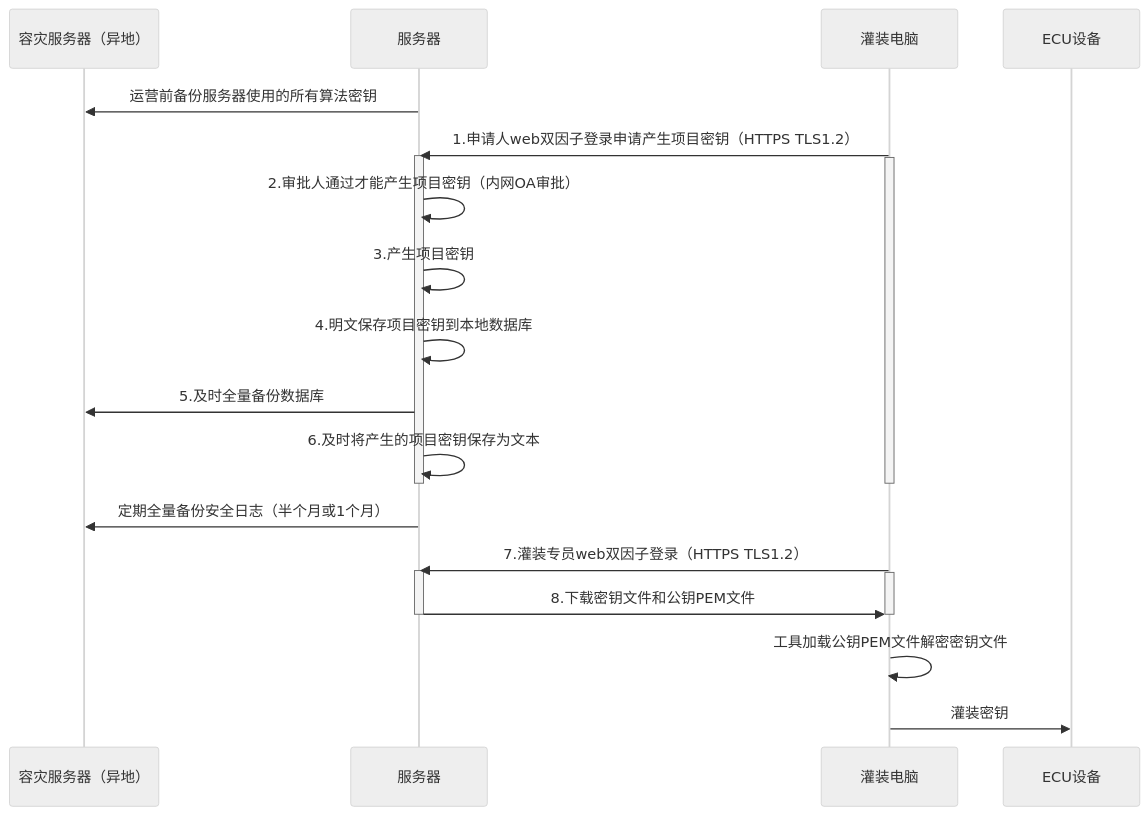
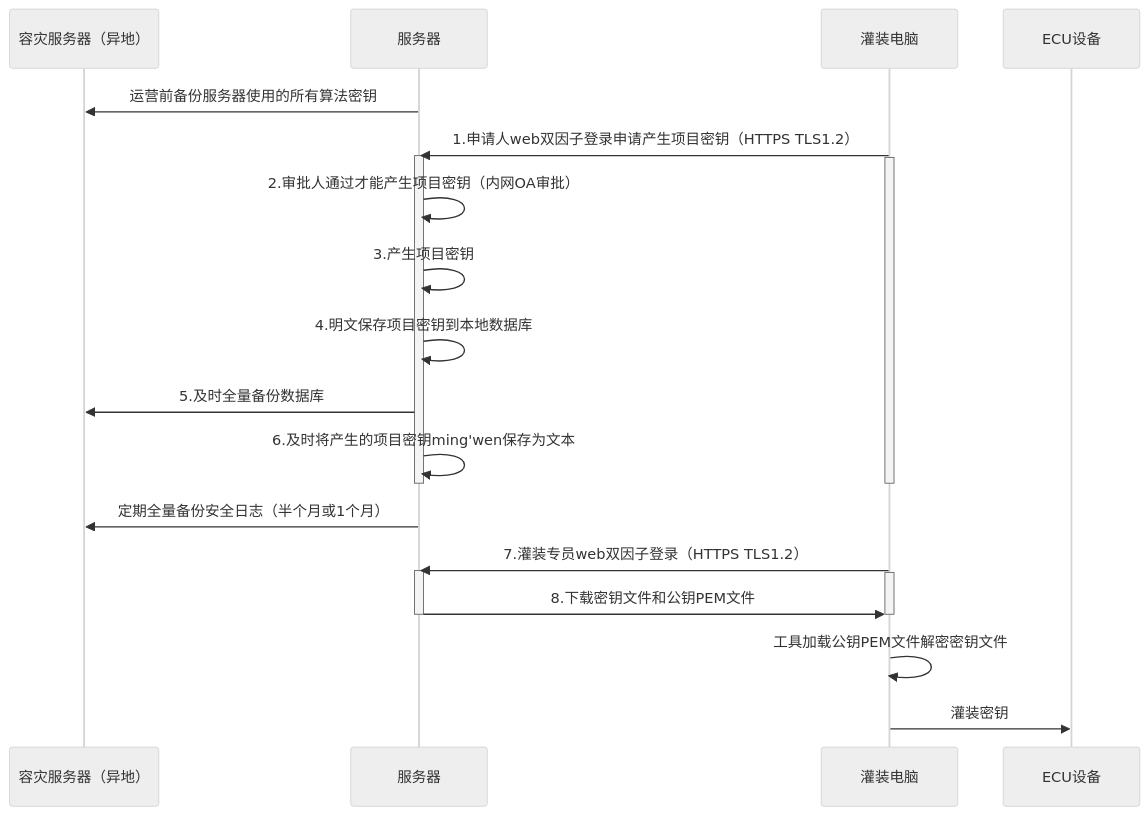
Before and after one commit to facebook-cloud/iodraw-files: the diagram in all/未命名-17.md, drawn with Mermaid (neutral theme).

Commit message:
2026-03-05 20:50:00 update

````diff
--- a/all/未命名-17.md
+++ b/all/未命名-17.md
@@ -1,32 +1,32 @@
 ```mermaid
 sequenceDiagram
     participant A as 容灾服务器（异地）
     participant B as 服务器
     participant D as 灌装电脑
     participant E as ECU设备
 
     B->>A: 运营前备份服务器使用的所有算法密钥
     D->>B: 1.申请人web双因子登录申请产生项目密钥（HTTPS TLS1.2）
     activate B
     activate D
     B->>B: 2.审批人通过才能产生项目密钥（内网OA审批）
     B->>B: 3.产生项目密钥
     B->>B: 4.明文保存项目密钥到本地数据库
     B->>A: 5.及时全量备份数据库
-    B->>B: 6.及时将产生的项目密钥保存为文本
+    B->>B: 6.及时将产生的项目密钥ming'wen保存为文本
     deactivate B
     deactivate D
 
     B->>A: 定期全量备份安全日志（半个月或1个月）
     
     D->>B: 7.灌装专员web双因子登录（HTTPS TLS1.2）
     activate B
     activate D
     B->>D: 8.下载密钥文件和公钥PEM文件
     deactivate B
     deactivate D
 
     D->>D:工具加载公钥PEM文件解密密钥文件
     
     D->>E: 灌装密钥
 ```
````
